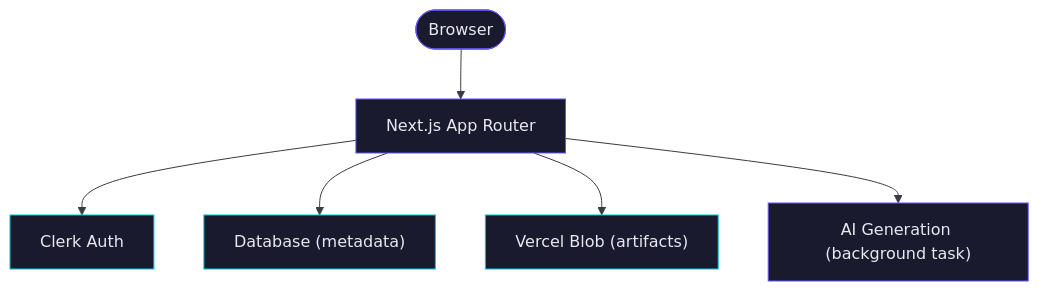
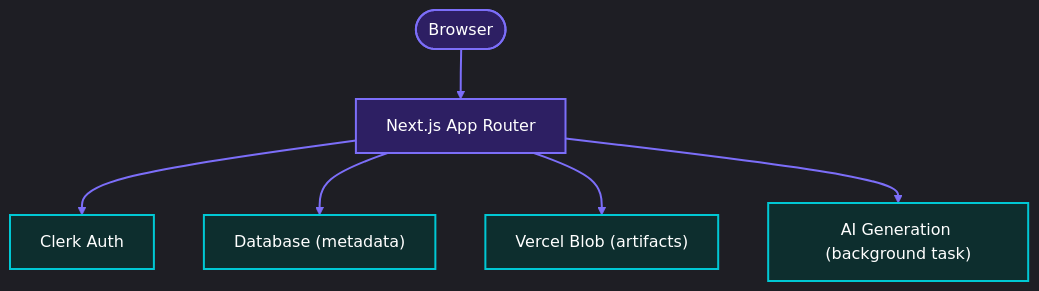
One commit to areddin409/ghost_ai changed the diagram in context/architecture-context.md. Above: the diagram before and after it, drawn with Mermaid. The commit also changed other lines of this file and 12 other files, not shown here.

````diff
--- a/context/architecture-context.md
+++ b/context/architecture-context.md
@@ -12,34 +12,24 @@
 ```mermaid
-%%{init: {'theme': 'base', 'themeVariables': {
-  'background': '#0d0d12',
-  'mainBkg': '#1a1a2e',
-  'primaryColor': '#1a1a2e',
-  'primaryBorderColor': '#6457f9',
-  'primaryTextColor': '#e8e8f0',
-  'lineColor': '#3a3a42',
-  'secondaryColor': '#1a1a2e',
-  'tertiaryColor': '#0d0d12',
-  'edgeLabelBackground': '#1a1a2e',
-  'clusterBkg': '#0d0d12'
-}}}%%
+%%{init: {'theme': 'dark', 'themeVariables': {'lineColor': '#7c6ef9', 'edgeLabelBackground': '#16122a'}}}%%
 flowchart TD
     Browser(["Browser"])
     Next["Next.js App Router"]
     Clerk["Clerk Auth"]
     DB["Database (metadata)"]
     Blob["Vercel Blob (artifacts)"]
     AI["AI Generation (background task)"]
 
     Browser --> Next
     Next --> Clerk
     Next --> DB
     Next --> Blob
     Next --> AI
 
-    style Browser fill:#1a1a2e,stroke:#6457f9,color:#e8e8f0
-    style Next fill:#1a1a2e,stroke:#6457f9,color:#e8e8f0
-    style Clerk fill:#1a1a2e,stroke:#00c8d4,color:#e8e8f0
-    style DB fill:#1a1a2e,stroke:#00c8d4,color:#e8e8f0
-    style Blob fill:#1a1a2e,stroke:#00c8d4,color:#e8e8f0
-    style AI fill:#1a1a2e,stroke:#6457f9,color:#e8e8f0
+    classDef entry fill:#2d1f63,stroke:#7c6ef9,color:#fff,stroke-width:2px
+    classDef service fill:#0d2e2e,stroke:#00c8d4,color:#fff,stroke-width:2px
+
+    class Browser,Next entry
+    class Clerk,DB,Blob,AI service
+
+    linkStyle default stroke:#7c6ef9,stroke-width:2px
 ```
````
